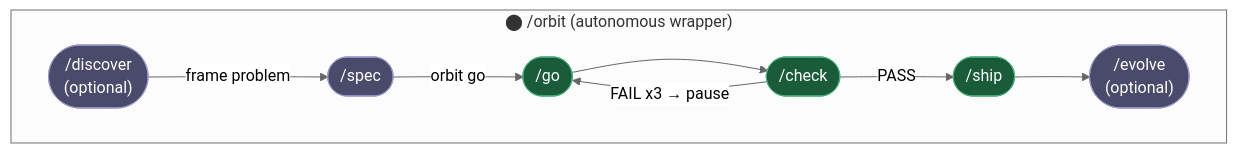
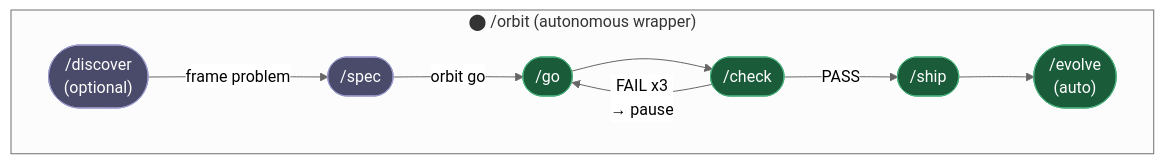
Before and after one commit to epicsagas/epic-harness: the second of 3 diagrams in README.md, drawn with Mermaid (neutral theme). The commit also changed other lines of this file and 1 other file, not shown here.

First line of the commit message:
docs(orbit): move orbit intro to top of README with full state machine diagram

````diff
--- a/README.md
+++ b/README.md
@@ -114,22 +155,22 @@
 ```mermaid
 flowchart LR
     subgraph orbit["⬤  /orbit  (autonomous wrapper)"]
         direction LR
         D(["/discover\n(optional)"]):::manual
         S(["/spec"]):::manual
         G(["/go"]):::auto
         C(["/check"]):::auto
         SH(["/ship"]):::auto
-        EV(["/evolve\n(optional)"]):::manual
+        EV(["/evolve\n(auto)"]):::auto
 
         D -->|frame problem| S
         S -->|"orbit go"| G
         G --> C
         C -->|PASS| SH
-        C -->|FAIL x3 → pause| G
+        C -->|"FAIL x3\n→ pause"| G
         SH --> EV
     end
 
     classDef manual fill:#4a4a6a,stroke:#9b9bcc,color:#fff
     classDef auto   fill:#1a5c3a,stroke:#4caf7d,color:#fff
 ```
````
